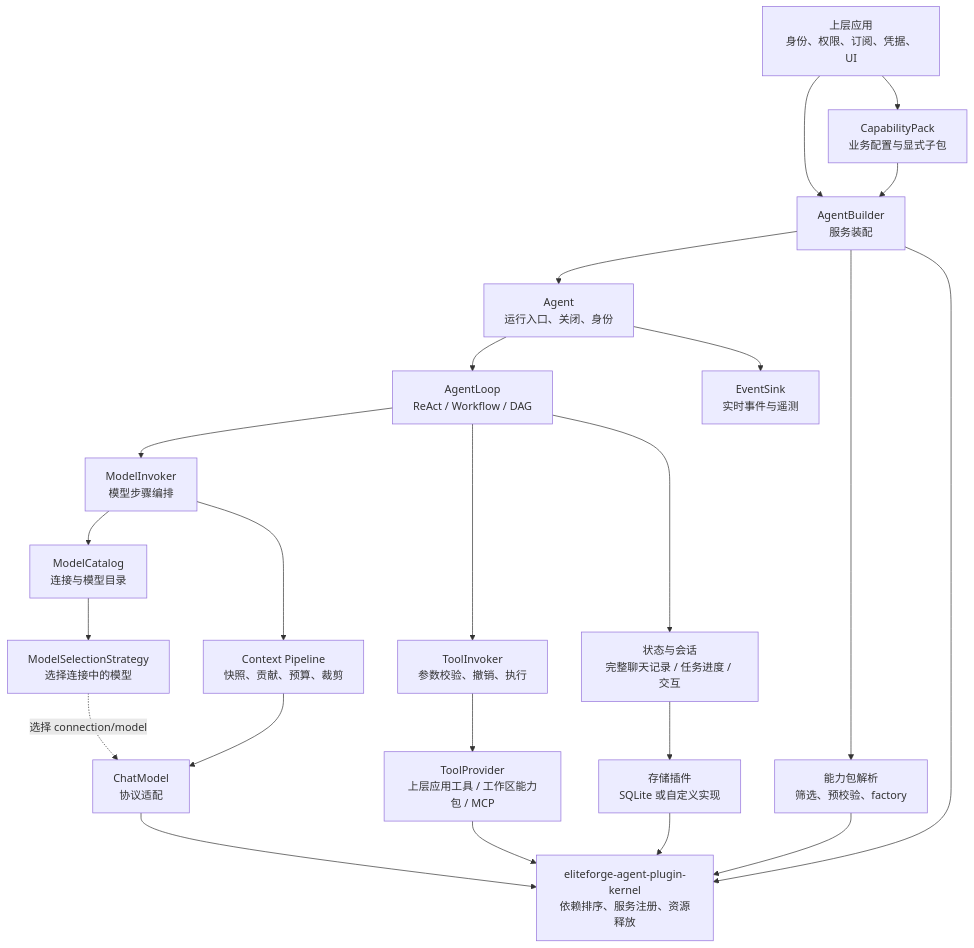
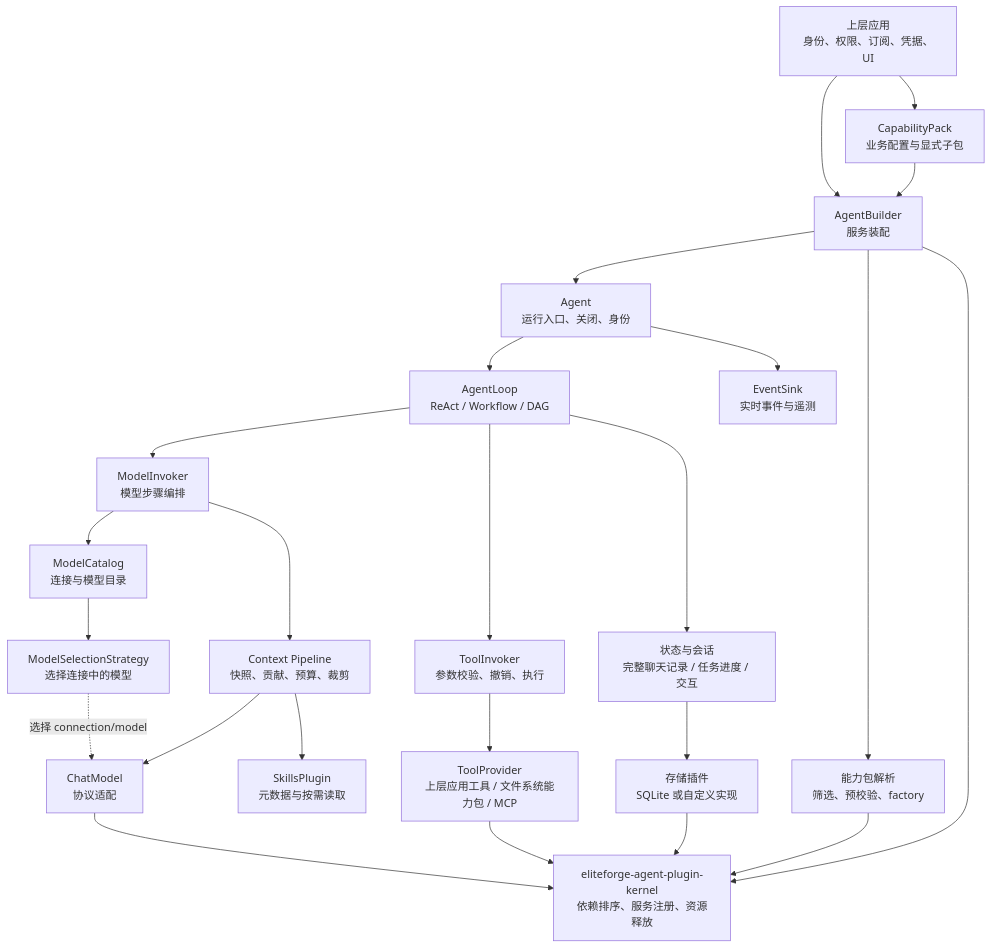
One commit to Penglai-Link/eliteforge-agent-framework changed the first of 5 diagrams in docs/architecture.md. Above: the diagram before and after it, drawn with Mermaid. The commit also changed other lines of this file and 20 other files, not shown here.

Commit message:
feat: add progressive skills plugin

````diff
--- a/docs/architecture.md
+++ b/docs/architecture.md
@@ -12,25 +12,26 @@
 ```mermaid
 flowchart TD
     Application[上层应用\n身份、权限、订阅、凭据、UI] --> Builder[AgentBuilder\n服务装配]
     Application --> CapabilityPack[CapabilityPack\n业务配置与显式子包]
     CapabilityPack --> Builder
     Builder --> Agent[Agent\n运行入口、关闭、身份]
     Agent --> Loop[AgentLoop\nReAct / Workflow / DAG]
     Loop --> ModelInvoker[ModelInvoker\n模型步骤编排]
     ModelInvoker --> ModelCatalog[ModelCatalog\n连接与模型目录]
     ModelCatalog --> ModelSelection[ModelSelectionStrategy\n选择连接中的模型]
     ModelInvoker --> ContextPipeline[Context Pipeline\n快照、贡献、预算、裁剪]
     Loop --> ToolInvoker[ToolInvoker\n参数校验、撤销、执行]
     Loop --> State[状态与会话\n完整聊天记录 / 任务进度 / 交互]
     ContextPipeline --> ChatModel[ChatModel\n协议适配]
+    ContextPipeline --> Skills[SkillsPlugin\n元数据与按需读取]
     ModelSelection -.选择 connection/model.-> ChatModel
-    ToolInvoker --> ToolProvider[ToolProvider\n上层应用工具 / 工作区能力包 / MCP]
+    ToolInvoker --> ToolProvider[ToolProvider\n上层应用工具 / 文件系统能力包 / MCP]
     State --> Storage[存储插件\nSQLite 或自定义实现]
     Agent --> Events[EventSink\n实时事件与遥测]
     Builder --> CapabilityResolver[能力包解析\n筛选、预校验、factory]
     CapabilityResolver --> Kernel
     Builder --> Kernel[eliteforge-agent-plugin-kernel\n依赖排序、服务注册、资源释放]
     ChatModel --> Kernel
     ToolProvider --> Kernel
     Storage --> Kernel
 ```
````
